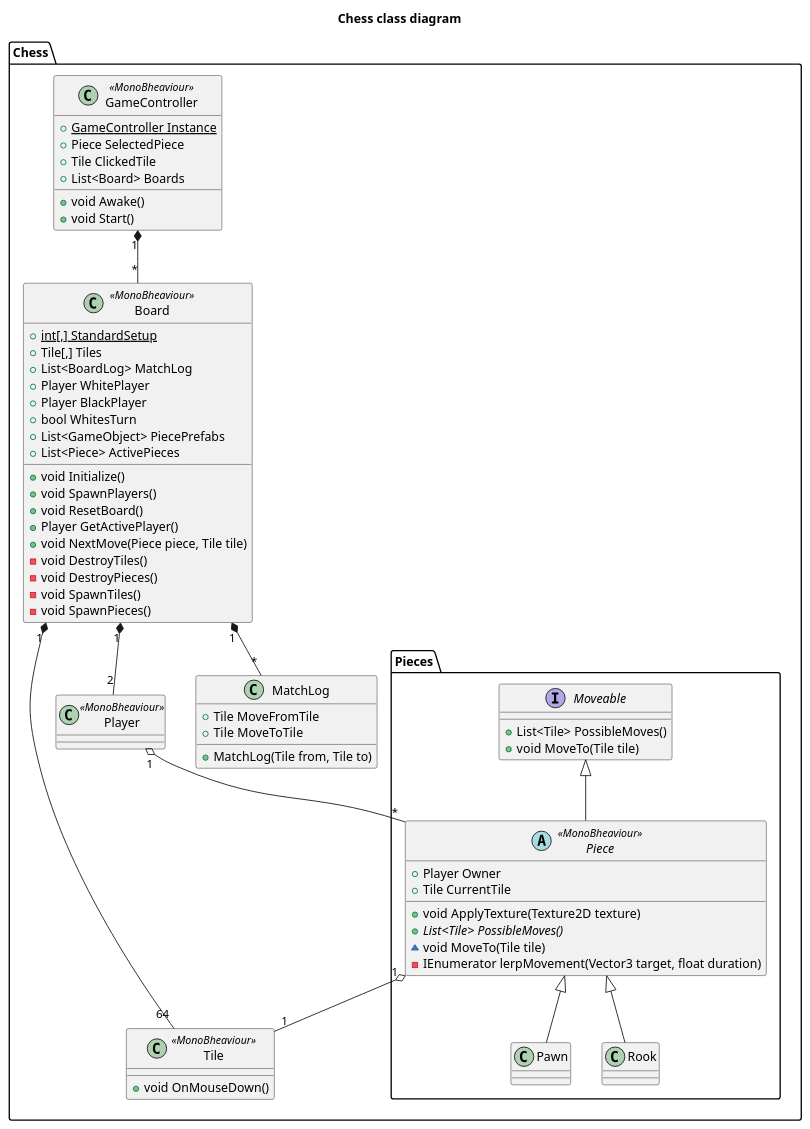
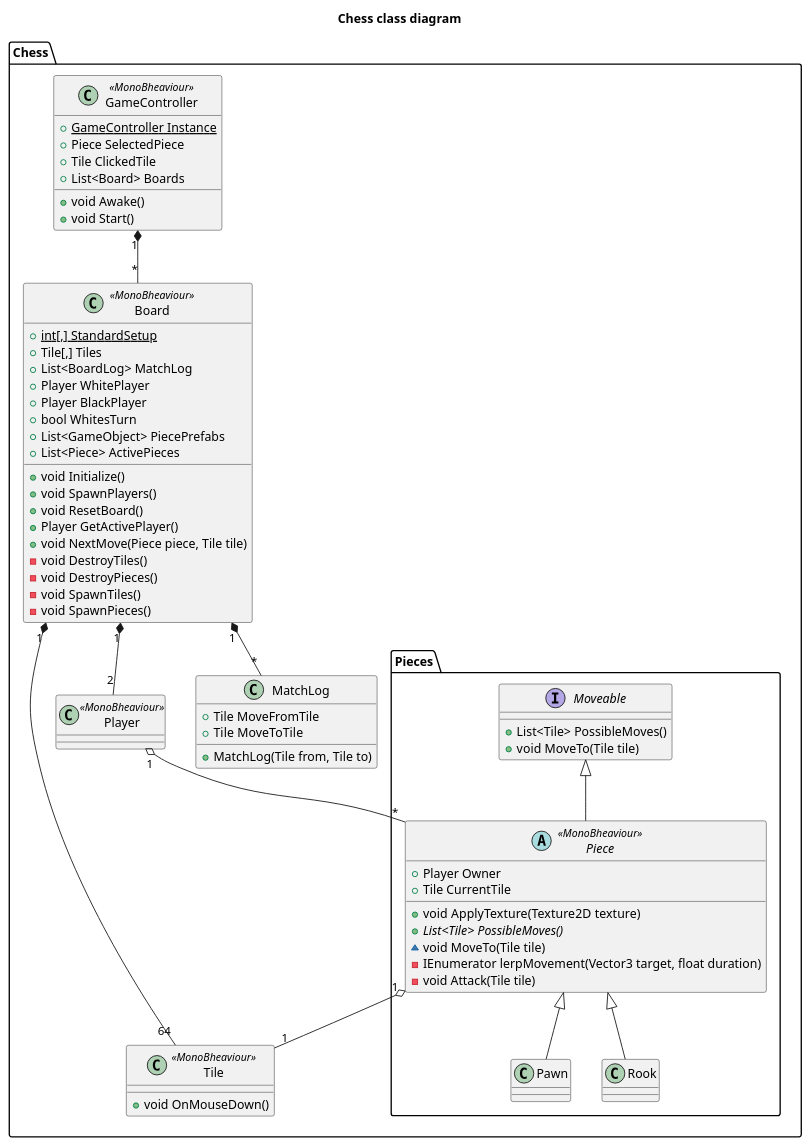
One commit to mjesper90/Network changed the diagram in Assets/Docs/C4/Tier4/Chess/Chess.puml. Above: the diagram before and after it, drawn with PlantUML. The commit also changed 2 other files, not shown here.

Commit message:
Attack tile with king and win

```diff
--- a/Assets/Docs/C4/Tier4/Chess/Chess.puml
+++ b/Assets/Docs/C4/Tier4/Chess/Chess.puml
@@ -1,81 +1,82 @@
 @startuml Chess class diagram
 
 title Chess class diagram
 
 namespace Chess {
     class GameController <<MonoBheaviour>>{
         + {static} GameController Instance
         + Piece SelectedPiece
         + Tile ClickedTile
         + List<Board> Boards
         + void Awake()
         + void Start()
     }
 
     class MatchLog{
         + Tile MoveFromTile
         + Tile MoveToTile
         + MatchLog(Tile from, Tile to)
     }
 
     class Board <<MonoBheaviour>> {
         + {static} int[,] StandardSetup
         + Tile[,] Tiles
         + List<BoardLog> MatchLog
         + Player WhitePlayer
         + Player BlackPlayer
         + bool WhitesTurn
         + List<GameObject> PiecePrefabs
         + List<Piece> ActivePieces
         + void Initialize()
         + void SpawnPlayers()
         + void ResetBoard()
         + Player GetActivePlayer()
         + void NextMove(Piece piece, Tile tile)
         - void DestroyTiles()
         - void DestroyPieces()
         - void SpawnTiles()
         - void SpawnPieces()
     }
 
     class Tile <<MonoBheaviour>>{
         + void OnMouseDown()
     }
 
     class Player <<MonoBheaviour>> {
 
     }
 
     namespace Pieces {
         interface Moveable {
             + List<Tile> PossibleMoves()
             + void MoveTo(Tile tile)
         }
         abstract class Piece <<MonoBheaviour>> {
             + Player Owner
             + Tile CurrentTile
             + void ApplyTexture(Texture2D texture)
             + {abstract} List<Tile> PossibleMoves()
             ~ void MoveTo(Tile tile)
             - IEnumerator lerpMovement(Vector3 target, float duration)
+            - void Attack(Tile tile)
         }
 
         class Pawn {}
         class Rook {}
     }
 
 }
 
 Chess.GameController "1" *-- "*" Chess.Board
 Chess.Board "1" *-- "64" Chess.Tile
 Chess.Board "1" *-- "*" Chess.MatchLog
 Chess.Board "1" *-- "2" Chess.Player
 Chess.Player "1" o-- "*" Chess.Pieces.Piece
 Chess.Pieces.Piece "1" o-- "1" Chess.Tile
 
 Chess.Pieces.Piece -up-|> Chess.Pieces.Moveable
 Chess.Pieces.Piece <|-- Chess.Pieces.Pawn
 Chess.Pieces.Piece <|-- Chess.Pieces.Rook
 
 
 @enduml
```
